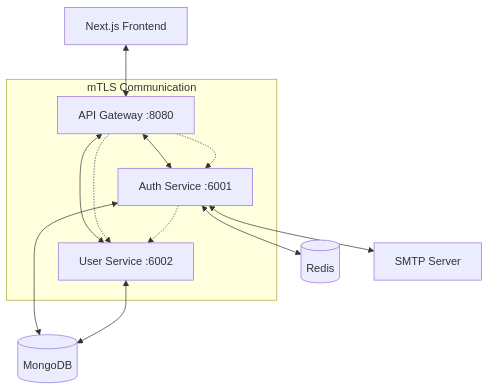
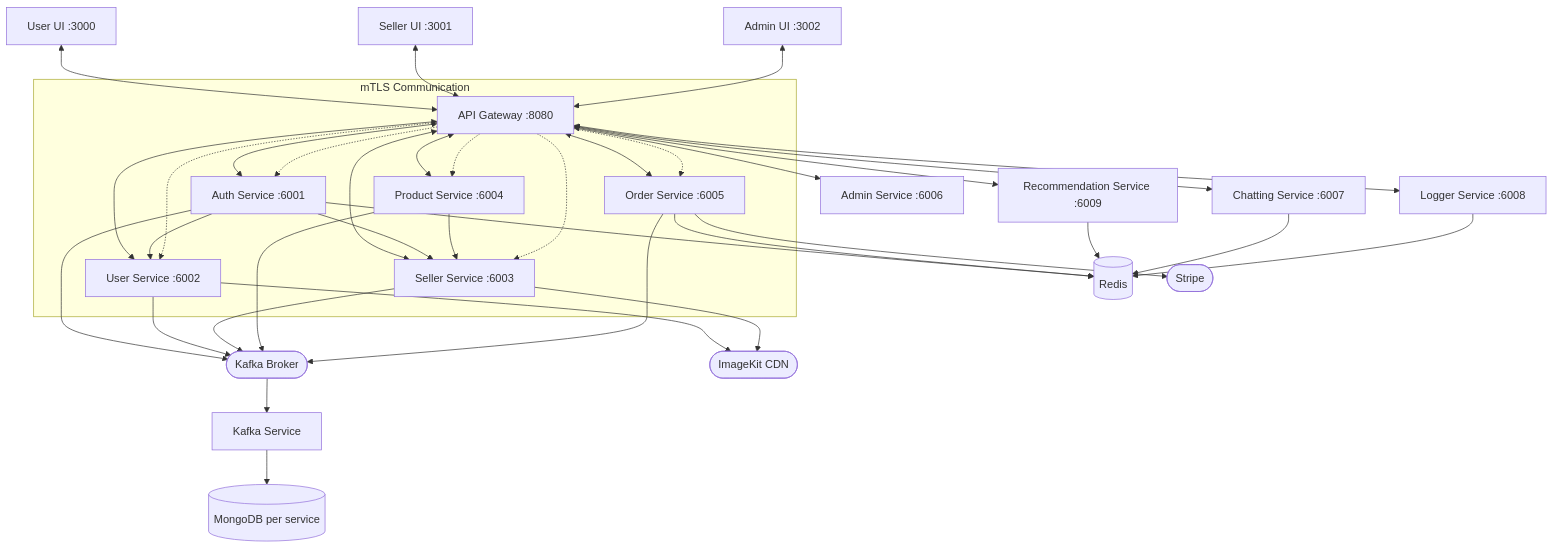
The diagram in README.md (andriel300/tec-shop), drawn with Mermaid before and after one commit. The commit also changed other lines of this file, not shown here.

````diff
--- a/README.md
+++ b/README.md
@@ -260,24 +351,56 @@
 ```mermaid
 graph TB
-    Client[Next.js Frontend]
-    Gateway[API Gateway :8080]
+    UserUI[User UI :3000]
+    SellerUI[Seller UI :3001]
+    AdminUI[Admin UI :3002]
+    GW[API Gateway :8080]
+
     Auth[Auth Service :6001]
     User[User Service :6002]
-    MongoDB[(MongoDB)]
+    Seller[Seller Service :6003]
+    Product[Product Service :6004]
+    Order[Order Service :6005]
+    Admin[Admin Service :6006]
+    Chat[Chatting Service :6007]
+    Logger[Logger Service :6008]
+    Rec[Recommendation Service :6009]
+    Kafka[Kafka Service]
+
+    MongoDB[(MongoDB per service)]
     Redis[(Redis)]
-    SMTP[SMTP Server]
+    KafkaBroker([Kafka Broker])
+    Stripe([Stripe])
+    ImageKit([ImageKit CDN])
 
-    Client <--> Gateway
-    Gateway <--> Auth
-    Gateway <--> User
-    Auth <--> MongoDB
-    User <--> MongoDB
-    Auth <--> Redis
-    Auth <--> SMTP
+    UserUI <--> GW
+    SellerUI <--> GW
+    AdminUI <--> GW
+
+    GW <--> Auth
+    GW <--> User
+    GW <--> Seller
+    GW <--> Product
+    GW <--> Order
+    GW <--> Admin
+    GW <--> Chat
+    GW <--> Logger
+    GW <--> Rec
+
+    Auth --> User
+    Auth --> Seller
+    Product --> Seller
+    Order --> Stripe
+
+    Auth & User & Seller & Product & Order --> KafkaBroker
+    KafkaBroker --> Kafka
+    Kafka --> MongoDB
+
+    Auth & Order & Rec --> Redis
+    Chat & Logger --> Redis
+
+    User & Seller --> ImageKit
 
     subgraph "mTLS Communication"
-        Gateway -.-> Auth
-        Gateway -.-> User
-        Auth -.-> User
+        GW -.-> Auth & User & Seller & Product & Order
     end
 ```
````
